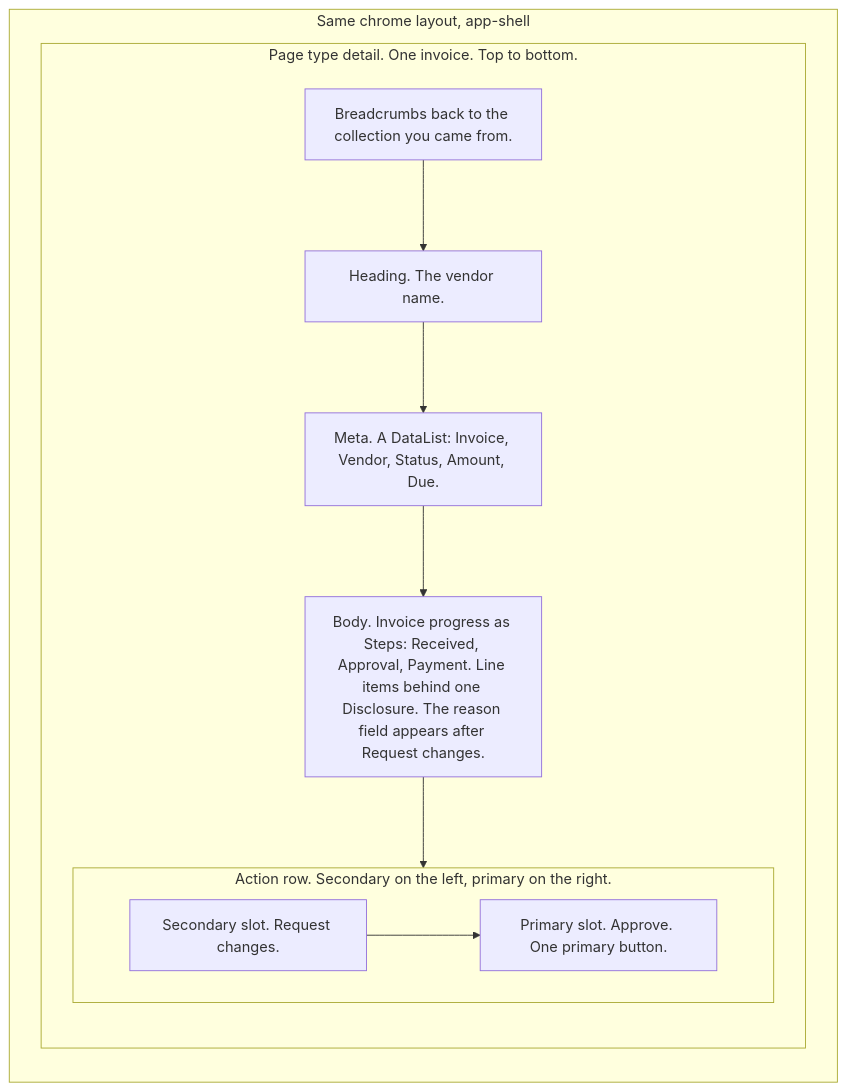
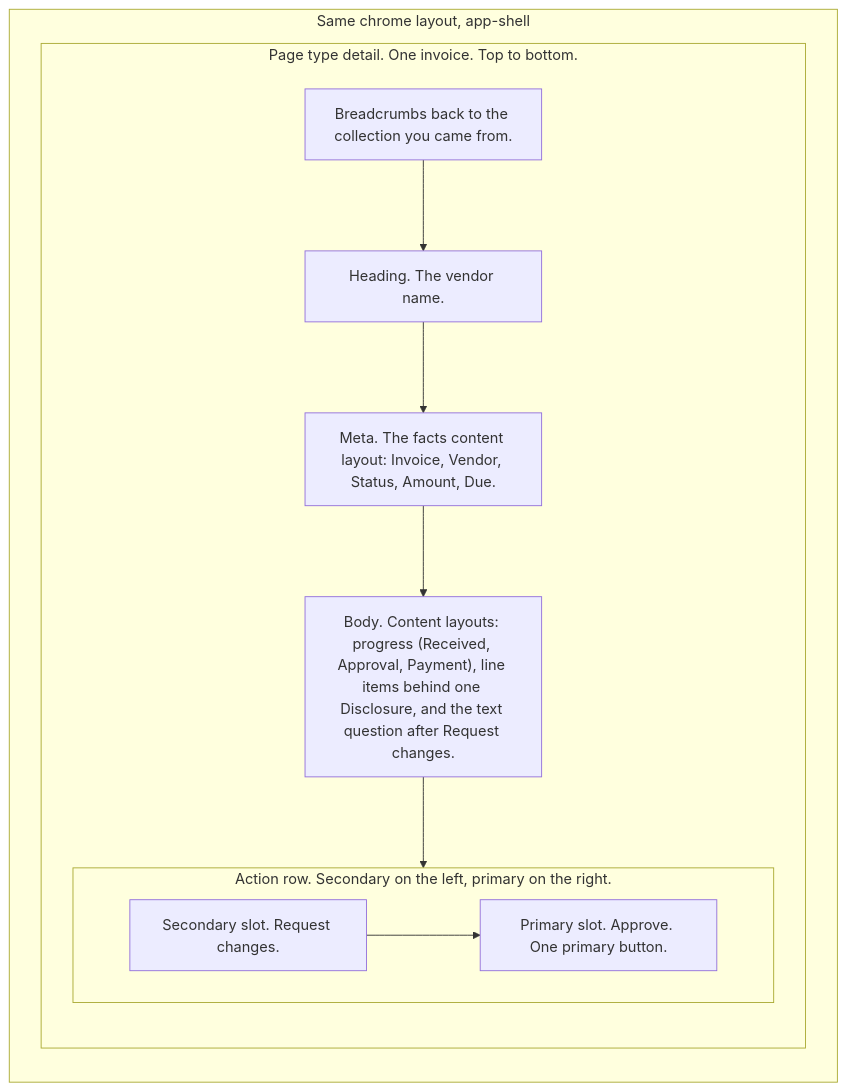
One commit to tounsoo/agent-design-loop changed the second of 5 diagrams in products/meridian/docs/how-it-works.md. Above: the diagram before and after it, drawn with Mermaid. The commit also changed 74 other files, not shown here.

First line of the commit message:
Build every page's body from registered content layouts

````diff
--- a/products/meridian/docs/how-it-works.md
+++ b/products/meridian/docs/how-it-works.md
@@ -71,20 +71,20 @@
 ```mermaid
 flowchart TB
   subgraph shell ["Same chrome layout, app-shell"]
     direction TB
     subgraph detail ["Page type detail. One invoice. Top to bottom."]
       direction TB
       crumbs["Breadcrumbs back to the collection you came from."]
       heading["Heading. The vendor name."]
-      meta["Meta. A DataList: Invoice, Vendor, Status, Amount, Due."]
-      body["Body. Invoice progress as Steps: Received, Approval, Payment. Line items behind one Disclosure. The reason field appears after Request changes."]
+      meta["Meta. The facts content layout: Invoice, Vendor, Status, Amount, Due."]
+      body["Body. Content layouts: progress (Received, Approval, Payment), line items behind one Disclosure, and the text question after Request changes."]
       subgraph actions ["Action row. Secondary on the left, primary on the right."]
         direction LR
         secondary["Secondary slot. Request changes."]
         primary["Primary slot. Approve. One primary button."]
         secondary --> primary
       end
       crumbs --> heading --> meta --> body --> actions
     end
   end
 ```
````
